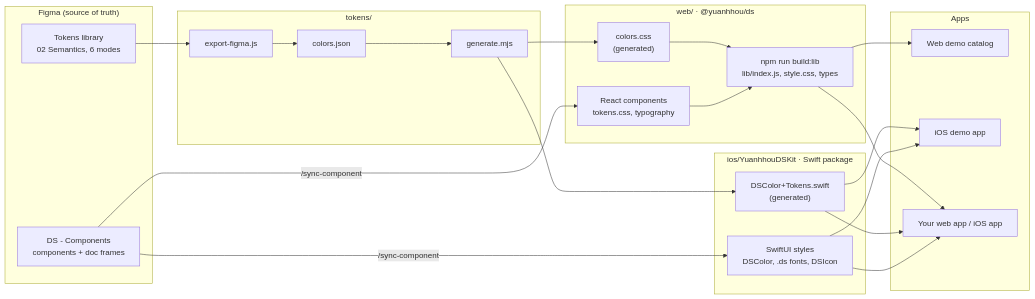
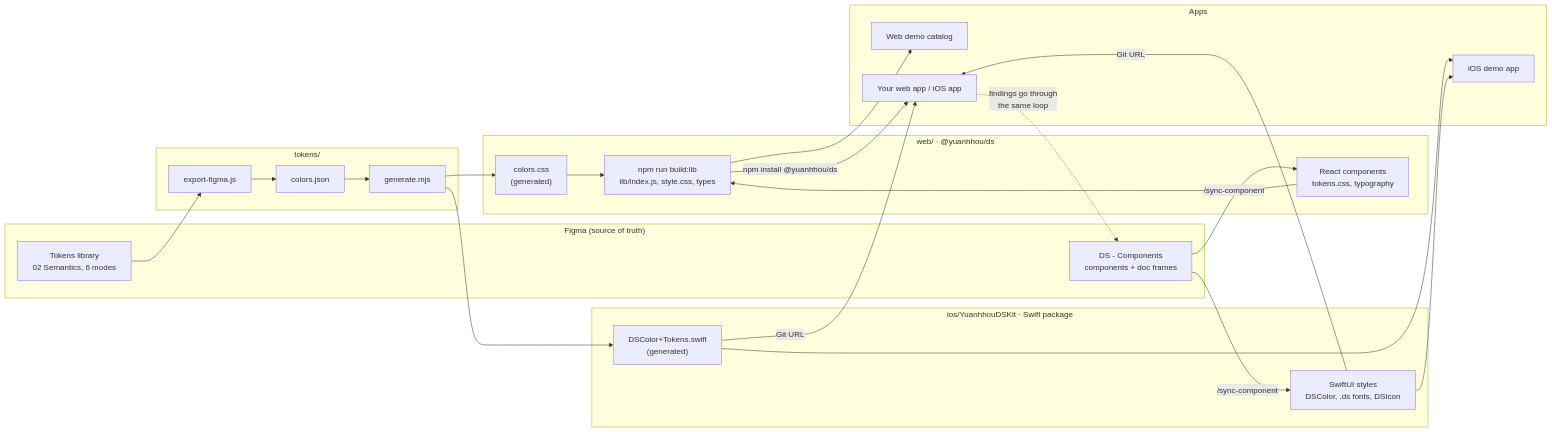
Before and after one commit to k619tw/yuanhhou-design-system: the first of 2 diagrams in docs/workflow.md, drawn with Mermaid. The commit also changed other lines of this file and 2 other files, not shown here.

````diff
--- a/docs/workflow.md
+++ b/docs/workflow.md
@@ -9,44 +9,45 @@
 ```mermaid
 flowchart LR
   subgraph Figma["Figma (source of truth)"]
     T["Tokens library<br/>02 Semantics, 6 modes"]
     C["DS - Components<br/>components + doc frames"]
   end
 
   subgraph Repo["tokens/"]
     E["export-figma.js"]
     J["colors.json"]
     G["generate.mjs"]
   end
 
   subgraph Web["web/ · @yuanhhou/ds"]
     WC["colors.css<br/>(generated)"]
     WR["React components<br/>tokens.css, typography"]
     WL["npm run build:lib<br/>lib/index.js, style.css, types"]
   end
 
   subgraph IOS["ios/YuanhhouDSKit · Swift package"]
     IC["DSColor+Tokens.swift<br/>(generated)"]
     IR["SwiftUI styles<br/>DSColor, .ds fonts, DSIcon"]
   end
 
   subgraph Apps["Apps"]
     WD["Web demo catalog"]
     ID["iOS demo app"]
     X["Your web app / iOS app"]
   end
 
   T --> E --> J --> G
   G --> WC
   G --> IC
   C -- "/sync-component" --> WR
   C -- "/sync-component" --> IR
   WC --> WL
   WR --> WL
   WL --> WD
-  WL --> X
+  WL -- "npm install @yuanhhou/ds" --> X
   IC --> ID
   IR --> ID
-  IC --> X
-  IR --> X
+  IC -- "Git URL" --> X
+  IR -- "Git URL" --> X
+  X -. "findings go through<br/>the same loop" .-> C
 ```
````
